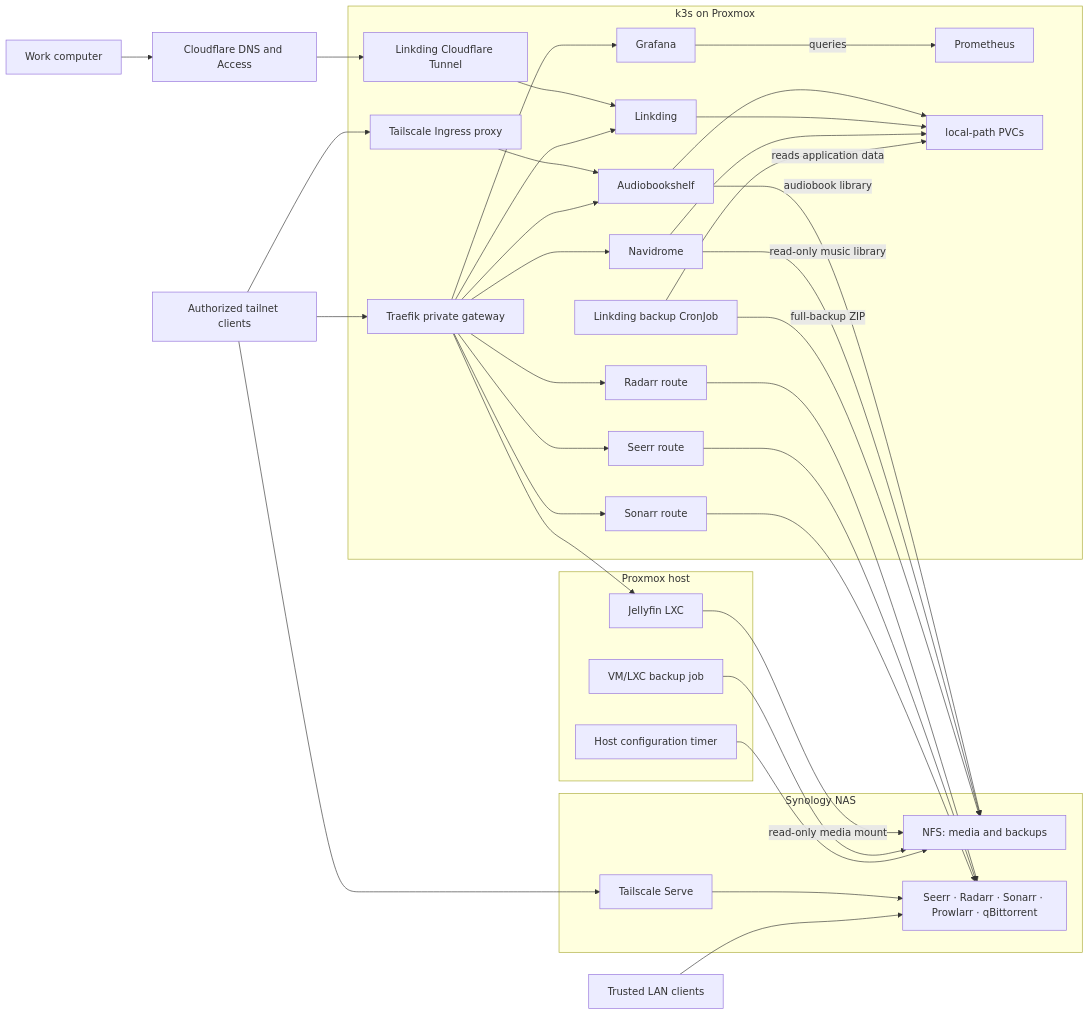
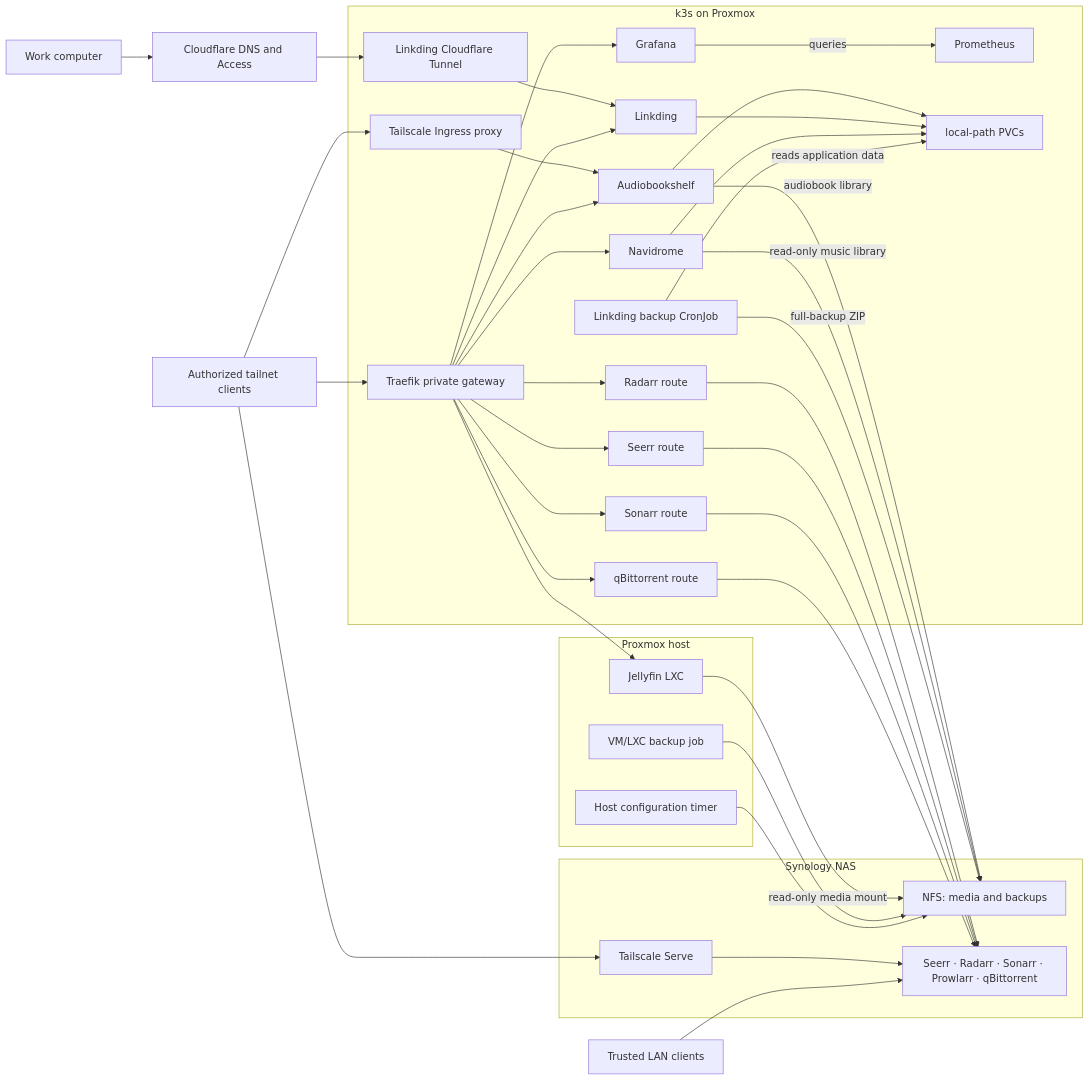
One commit to vitaly-guzun/homelab changed the second of 2 diagrams in README.md. Above: the diagram before and after it, drawn with Mermaid. The commit also changed other lines of this file and 5 other files, not shown here.

````diff
--- a/README.md
+++ b/README.md
@@ -89,61 +90,63 @@
 ```mermaid
 flowchart LR
     WorkComputer["Work computer"]
     Tailnet["Authorized tailnet clients"]
     LAN["Trusted LAN clients"]
     CloudflareAccess["Cloudflare DNS and Access"]
 
     subgraph K3s["k3s on Proxmox"]
         Cloudflared["Linkding Cloudflare Tunnel"]
         TSIngress["Tailscale Ingress proxy"]
         Gateway["Traefik private gateway"]
         Audiobookshelf["Audiobookshelf"]
         Linkding["Linkding"]
         Navidrome["Navidrome"]
         RadarrGateway["Radarr route"]
         SeerrGateway["Seerr route"]
         SonarrGateway["Sonarr route"]
+        TorrentGateway["qBittorrent route"]
         Grafana["Grafana"]
         Prometheus["Prometheus"]
         LocalPVC["local-path PVCs"]
         LinkdingBackup["Linkding backup CronJob"]
     end
 
     subgraph Proxmox["Proxmox host"]
         Jellyfin["Jellyfin LXC"]
         GuestBackup["VM/LXC backup job"]
         ConfigBackup["Host configuration timer"]
     end
 
     subgraph NAS["Synology NAS"]
         NFS["NFS: media and backups"]
         Media["Seerr · Radarr · Sonarr · Prowlarr · qBittorrent"]
         TSServe["Tailscale Serve"]
     end
 
     WorkComputer --> CloudflareAccess --> Cloudflared --> Linkding
     Tailnet --> TSIngress
     TSIngress --> Audiobookshelf
     Tailnet --> Gateway
     Gateway --> Audiobookshelf
     Gateway --> Linkding
     Gateway --> Navidrome
     Gateway --> RadarrGateway --> Media
     Gateway --> SeerrGateway --> Media
     Gateway --> SonarrGateway --> Media
+    Gateway --> TorrentGateway --> Media
     Gateway --> Grafana
     Gateway --> Jellyfin
     Tailnet --> TSServe --> Media
     LAN --> Media
     Audiobookshelf --> LocalPVC
     Linkding --> LocalPVC
     Navidrome --> LocalPVC
     Audiobookshelf -->|"audiobook library"| NFS
     Navidrome -->|"read-only music library"| NFS
     Grafana -->|"queries"| Prometheus
     Jellyfin -->|"read-only media mount"| NFS
     LinkdingBackup -->|"reads application data"| LocalPVC
     LinkdingBackup -->|"full-backup ZIP"| NFS
     GuestBackup --> NFS
     ConfigBackup --> NFS
 ```
````
